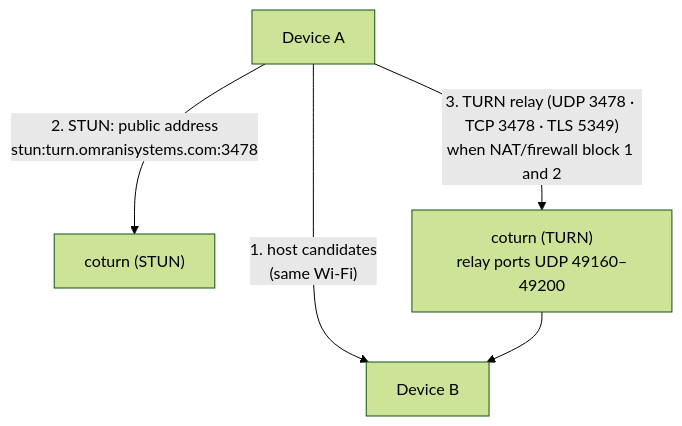
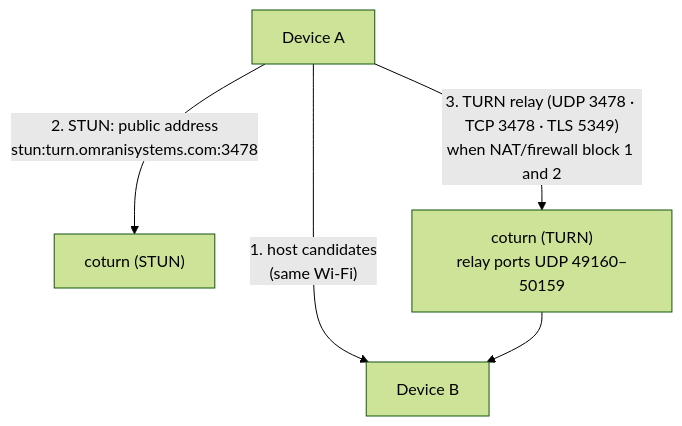
Before and after one commit to HamzaOMRANII/chat_backend: the second of 4 diagrams in documentation/src/05-calls.md, drawn with Mermaid (forest theme). The commit also changed 17 other files, not shown here.

First line of the commit message:
M14: call relay 41 -> 1,000 ports (100 -> 500 allocations); H_CHAT database password changed

````diff
--- a/documentation/src/05-calls.md
+++ b/documentation/src/05-calls.md
@@ -48,7 +48,7 @@
 ```mermaid
 flowchart TB
   A["Device A"] -- "1. host candidates<br/>(same Wi-Fi)" --> B["Device B"]
   A -- "2. STUN: public address<br/>stun:turn.omranisystems.com:3478" --> STUN["coturn (STUN)"]
-  A -- "3. TURN relay (UDP 3478 · TCP 3478 · TLS 5349)<br/>when NAT/firewall block 1 and 2" --> TURN["coturn (TURN)<br/>relay ports UDP 49160–49200"]
+  A -- "3. TURN relay (UDP 3478 · TCP 3478 · TLS 5349)<br/>when NAT/firewall block 1 and 2" --> TURN["coturn (TURN)<br/>relay ports UDP 49160–50159"]
   TURN --> B
 ```
````
